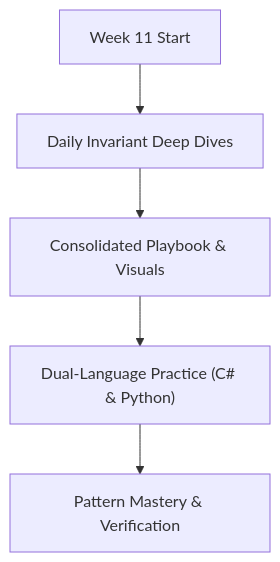
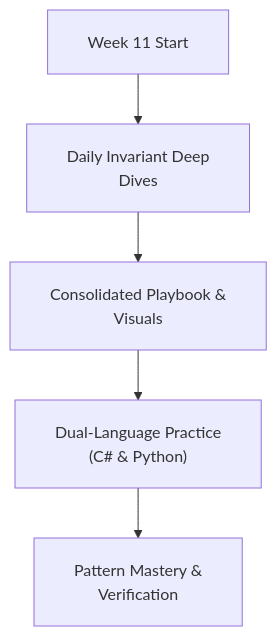
Before and after one commit to dip4k/DSA_102: the diagram in week_11_dp_ii_advanced/README.md, drawn with Mermaid. The commit also changed 108 other files, not shown here.

First line of the commit message:
fix(mermaid): resolve diagram clipping, padding, and syntax issues across repo

````diff
--- a/week_11_dp_ii_advanced/README.md
+++ b/week_11_dp_ii_advanced/README.md
@@ -16,7 +16,8 @@
 ```mermaid
+%%{init: {"flowchart": {"htmlLabels": true, "padding": 20}}}%%
 flowchart TD
-    Start["Week 11 Start"] --> Daily["Daily Invariant Deep Dives"]
-    Daily --> Playbook["Consolidated Playbook & Visuals"]
-    Playbook --> DualLang["Dual-Language Practice (C# & Python)"]
-    DualLang --> Mastery["Pattern Mastery & Verification"]
+    Start["Week 11 Start"] --> Daily["Daily Invariant Deep<br/>Dives"]
+    Daily --> Playbook["Consolidated Playbook &<br/>Visuals"]
+    Playbook --> DualLang["Dual-Language Practice<br/>(C# & Python)"]
+    DualLang --> Mastery["Pattern Mastery &<br/>Verification"]
 ```
````
